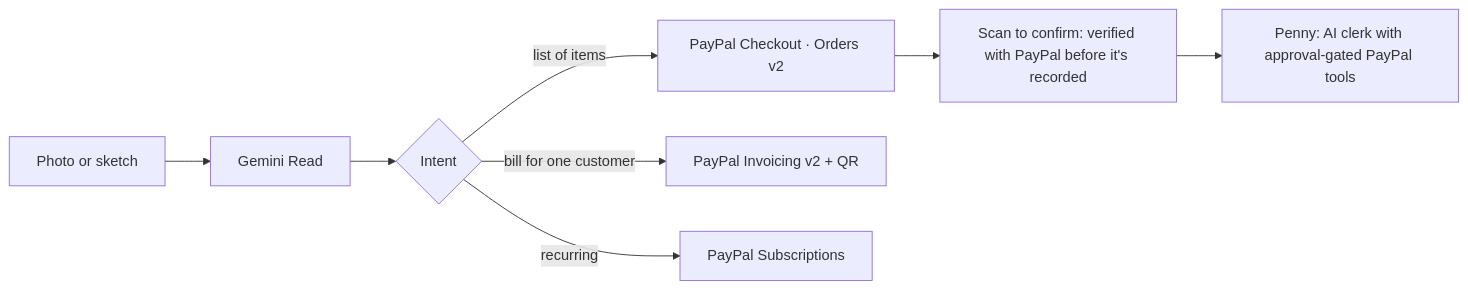
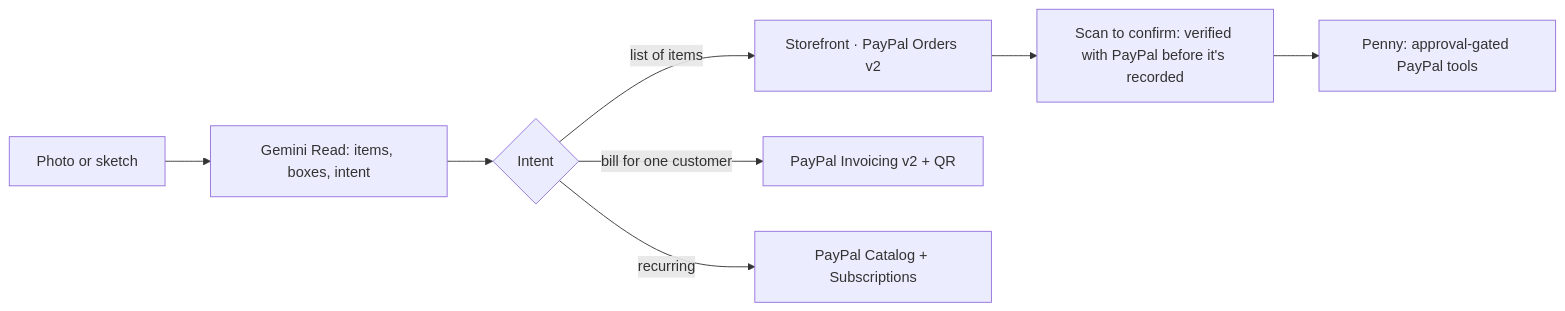
Before and after one commit to dhananjay-123/paperstall: the diagram in README.md, drawn with Mermaid. The commit also changed other lines of this file and 7 other files, not shown here.

Commit message:
docs: bring all docs to the shipped state (PayPal, AI, security, architecture, ADRs)

````diff
--- a/README.md
+++ b/README.md
@@ -20,10 +20,10 @@
 ```mermaid
 flowchart LR
-  A[Photo or sketch] --> B[Gemini Read]
+  A[Photo or sketch] --> B[Gemini Read: items, boxes, intent]
   B --> C{Intent}
-  C -->|list of items| D[PayPal Checkout · Orders v2]
+  C -->|list of items| D[Storefront · PayPal Orders v2]
   C -->|bill for one customer| E[PayPal Invoicing v2 + QR]
-  C -->|recurring| F[PayPal Subscriptions]
+  C -->|recurring| F[PayPal Catalog + Subscriptions]
   D --> G[Scan to confirm: verified with PayPal before it's recorded]
-  G --> H[Penny: AI clerk with approval-gated PayPal tools]
+  G --> H[Penny: approval-gated PayPal tools]
 ```
````
